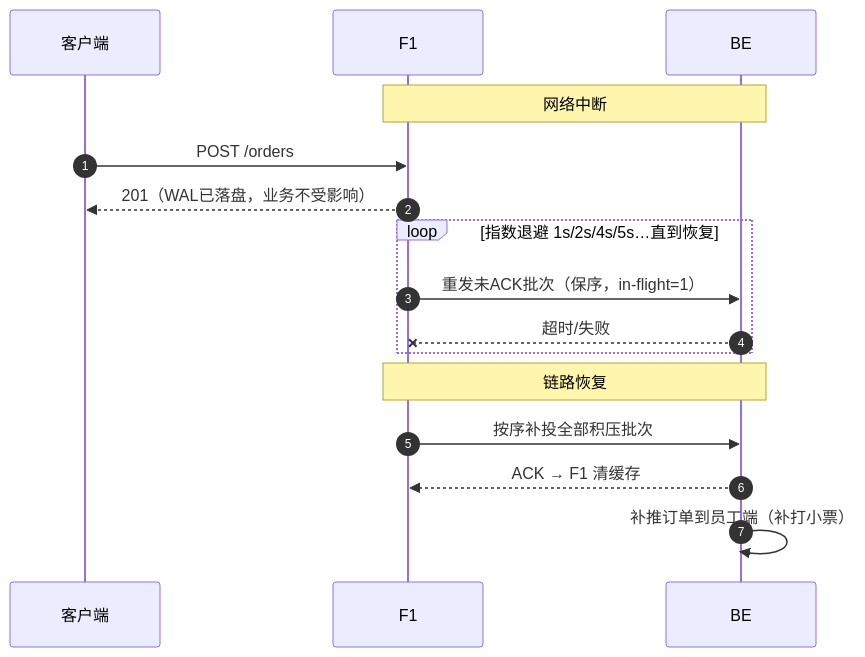
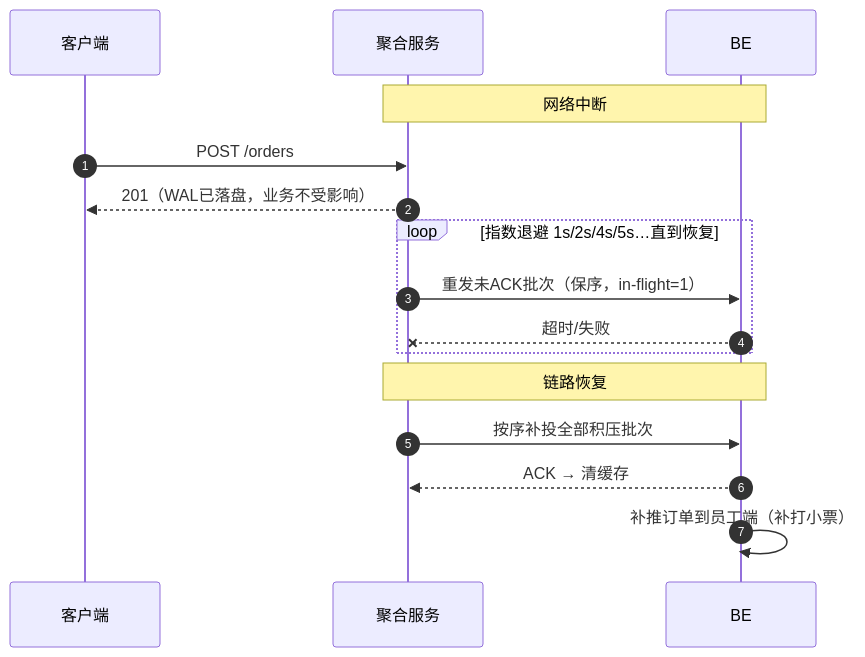
One commit to Xusysysy/ShanHaiPlan changed the third of 5 diagrams in docs/02-系统架构设计.md. Above: the diagram before and after it, drawn with Mermaid. The commit also changed other lines of this file and 17 other files, not shown here.

Commit message:
docs(v1.2): 迁移云上公网部署+CDN分流；F1+F2合并为前端聚合单机（库存同进程直读SSOT零漂移）；SIM已办理；同步架构图/拓扑/甘特、BOM预算(2×ECS)、排期与风险登记册，重出Word/Excel三件套

````diff
--- a/docs/02-系统架构设计.md
+++ b/docs/02-系统架构设计.md
@@ -120,19 +126,19 @@
 ```mermaid
 sequenceDiagram
     autonumber
     participant C as 客户端
-    participant F1 as F1
+    participant E as 聚合服务
     participant BE as BE
 
-    Note over F1,BE: 网络中断
-    C->>F1: POST /orders
-    F1-->>C: 201（WAL已落盘，业务不受影响）
+    Note over E,BE: 网络中断
+    C->>E: POST /orders
+    E-->>C: 201（WAL已落盘，业务不受影响）
     loop 指数退避 1s/2s/4s/5s…直到恢复
-        F1->>BE: 重发未ACK批次（保序，in-flight=1）
-        BE--xF1: 超时/失败
+        E->>BE: 重发未ACK批次（保序，in-flight=1）
+        BE--xE: 超时/失败
     end
-    Note over F1,BE: 链路恢复
-    F1->>BE: 按序补投全部积压批次
-    BE-->>F1: ACK → F1 清缓存
+    Note over E,BE: 链路恢复
+    E->>BE: 按序补投全部积压批次
+    BE-->>E: ACK → 清缓存
     BE->>BE: 补推订单到员工端（补打小票）
 ```
````
